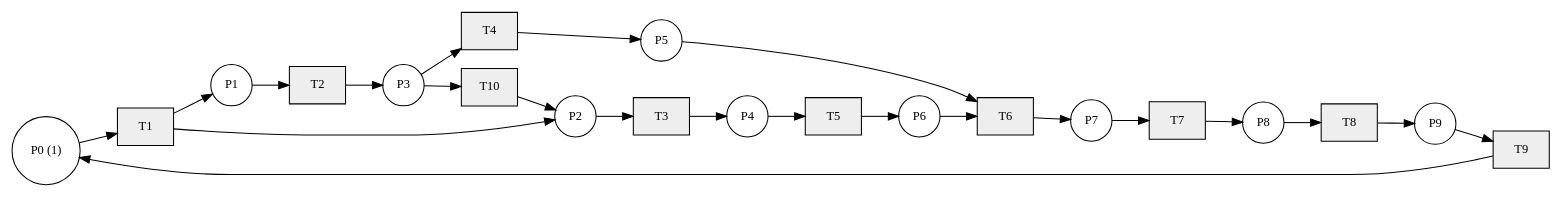
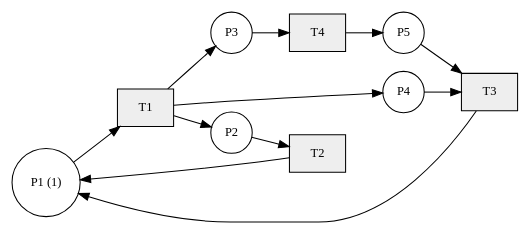
One commit to kimanh05/MHH-Petri-Nets changed the diagram in visualization/petrinet.dot. Above: the diagram before and after it, drawn with Graphviz. The commit also changed 36 other files, not shown here.

```diff
--- a/visualization/petrinet.dot
+++ b/visualization/petrinet.dot
@@ -1,46 +1,24 @@
 digraph PetriNet {
     rankdir=LR;
     node [fontsize=12];
-    "P0" [shape=circle, label="P0 (1)"];
-    "P1" [shape=circle, label="P1"];
+    "P1" [shape=circle, label="P1 (1)"];
     "P2" [shape=circle, label="P2"];
     "P3" [shape=circle, label="P3"];
     "P4" [shape=circle, label="P4"];
     "P5" [shape=circle, label="P5"];
-    "P6" [shape=circle, label="P6"];
-    "P7" [shape=circle, label="P7"];
-    "P8" [shape=circle, label="P8"];
-    "P9" [shape=circle, label="P9"];
     "T1" [shape=box, style=filled, fillcolor="#eeeeee"];
     "T2" [shape=box, style=filled, fillcolor="#eeeeee"];
     "T3" [shape=box, style=filled, fillcolor="#eeeeee"];
     "T4" [shape=box, style=filled, fillcolor="#eeeeee"];
-    "T5" [shape=box, style=filled, fillcolor="#eeeeee"];
-    "T6" [shape=box, style=filled, fillcolor="#eeeeee"];
-    "T7" [shape=box, style=filled, fillcolor="#eeeeee"];
-    "T8" [shape=box, style=filled, fillcolor="#eeeeee"];
-    "T9" [shape=box, style=filled, fillcolor="#eeeeee"];
-    "T10" [shape=box, style=filled, fillcolor="#eeeeee"];
-    "P0" -> "T1";
-    "T1" -> "P1";
+    "P1" -> "T1";
     "T1" -> "P2";
-    "P1" -> "T2";
-    "T2" -> "P3";
-    "P2" -> "T3";
-    "T3" -> "P4";
+    "T1" -> "P3";
+    "T1" -> "P4";
+    "P2" -> "T2";
+    "T2" -> "P1";
+    "P4" -> "T3";
+    "P5" -> "T3";
+    "T3" -> "P1";
     "P3" -> "T4";
     "T4" -> "P5";
-    "P4" -> "T5";
-    "T5" -> "P6";
-    "P5" -> "T6";
-    "P6" -> "T6";
-    "T6" -> "P7";
-    "P7" -> "T7";
-    "T7" -> "P8";
-    "P8" -> "T8";
-    "T8" -> "P9";
-    "P9" -> "T9";
-    "T9" -> "P0";
-    "P3" -> "T10";
-    "T10" -> "P2";
 }
```
